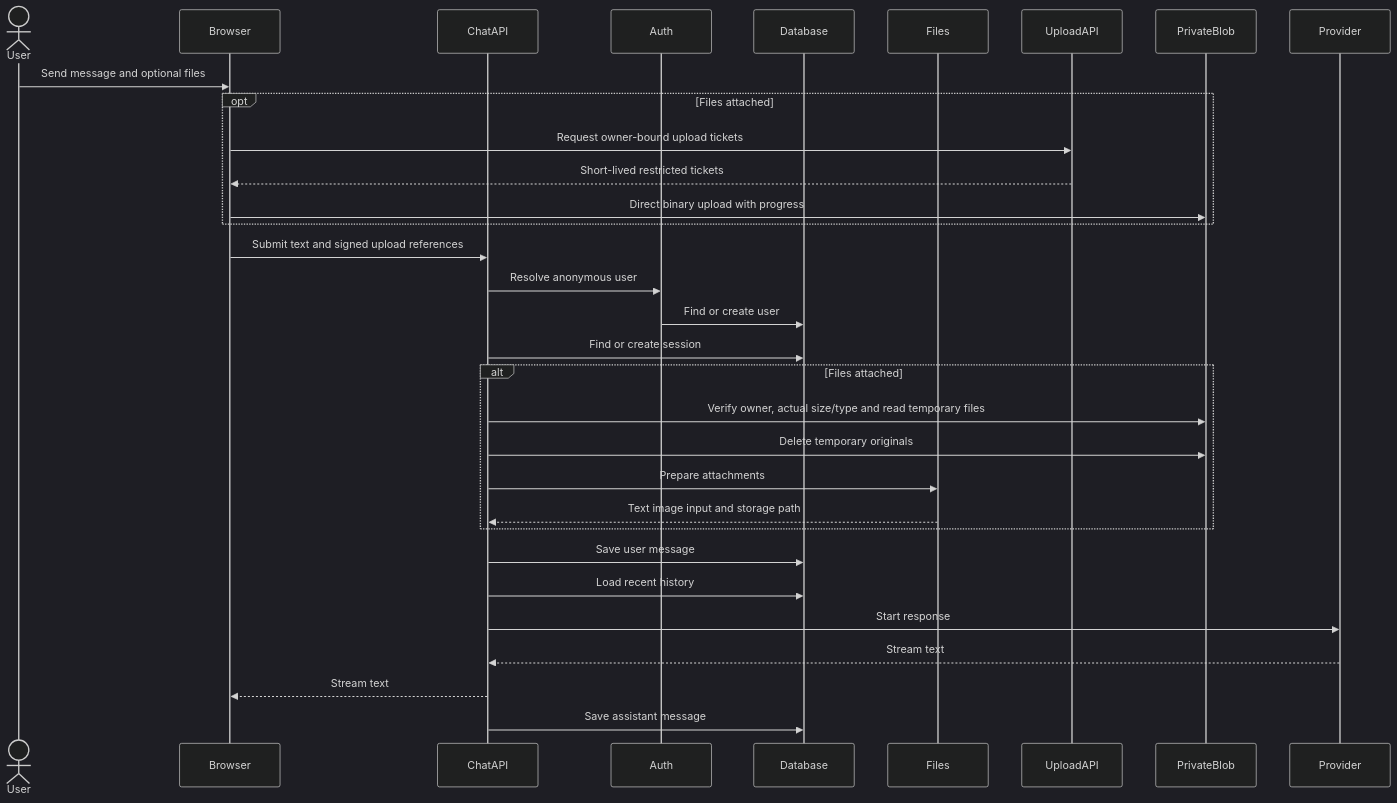
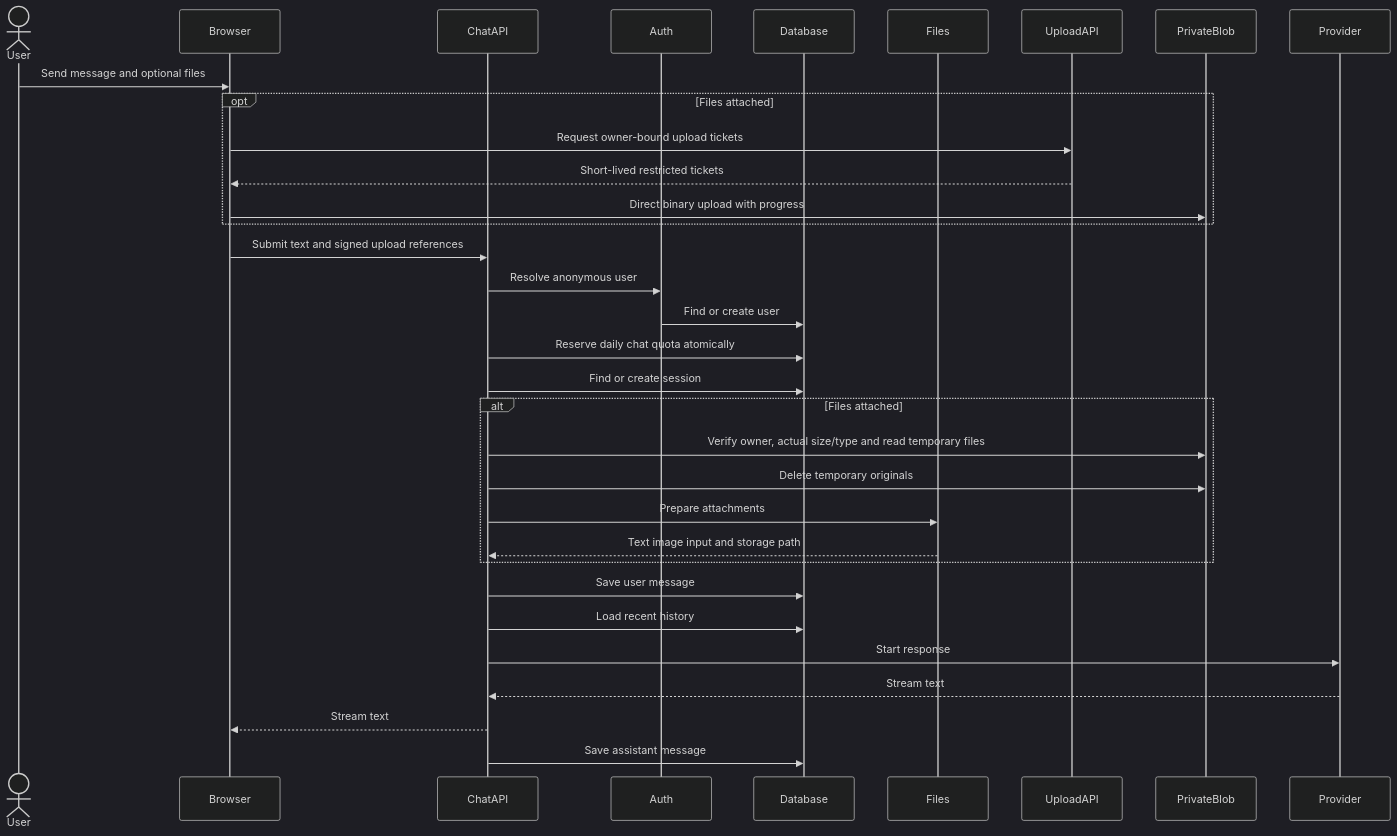
One commit to kakumine2001/NoteFable changed the first of 2 diagrams in docs/architecture/chat-flow.md. Above: the diagram before and after it, drawn with Mermaid (dark theme). The commit also changed other lines of this file and 28 other files, not shown here.

````diff
--- a/docs/architecture/chat-flow.md
+++ b/docs/architecture/chat-flow.md
@@ -9,37 +9,38 @@
 ```mermaid
 sequenceDiagram
     actor User
     participant Browser
     participant ChatAPI
     participant Auth
     participant Database
     participant Files
     participant UploadAPI
     participant PrivateBlob
     participant Provider
 
     User->>Browser: Send message and optional files
     opt Files attached
         Browser->>UploadAPI: Request owner-bound upload tickets
         UploadAPI-->>Browser: Short-lived restricted tickets
         Browser->>PrivateBlob: Direct binary upload with progress
     end
     Browser->>ChatAPI: Submit text and signed upload references
     ChatAPI->>Auth: Resolve anonymous user
     Auth->>Database: Find or create user
+    ChatAPI->>Database: Reserve daily chat quota atomically
     ChatAPI->>Database: Find or create session
 
     alt Files attached
         ChatAPI->>PrivateBlob: Verify owner, actual size/type and read temporary files
         ChatAPI->>PrivateBlob: Delete temporary originals
         ChatAPI->>Files: Prepare attachments
         Files-->>ChatAPI: Text image input and storage path
     end
 
     ChatAPI->>Database: Save user message
     ChatAPI->>Database: Load recent history
     ChatAPI->>Provider: Start response
     Provider-->>ChatAPI: Stream text
     ChatAPI-->>Browser: Stream text
     ChatAPI->>Database: Save assistant message
 ```
````
